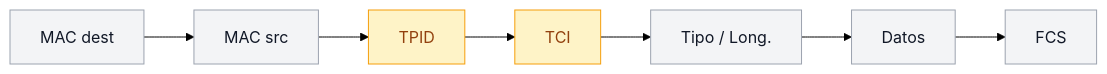
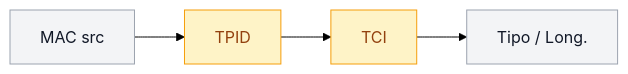
One commit to fuis18/ccna-net changed the second of 4 diagrams in src/content/docs/03-switching/vlans-trunking.md. Above: the diagram before and after it, drawn with Mermaid (forest theme). The commit also changed other lines of this file and 5 other files, not shown here.

````diff
--- a/src/content/docs/03-switching/vlans-trunking.md
+++ b/src/content/docs/03-switching/vlans-trunking.md
@@ -94,9 +40,9 @@
 ```mermaid
 graph LR
     classDef tag fill:#fef3c7,stroke:#f59e0b,color:#92400e
     classDef field fill:#f3f4f6,stroke:#9ca3af,color:#111827
 
-    B1["MAC dest"] --> B2["MAC src"] --> B3["TPID"] --> B4["TCI"] --> B5["Tipo / Long."] --> B6["Datos"] --> B7["FCS"]
-    class B1,B2,B5,B6,B7 field
-    class B3,B4 tag
+    B1["MAC src"] --> B2["TPID"] --> B3["TCI"] --> B4["Tipo / Long."]
+    class B1,B4 field
+    class B2,B3 tag
 ```
````
